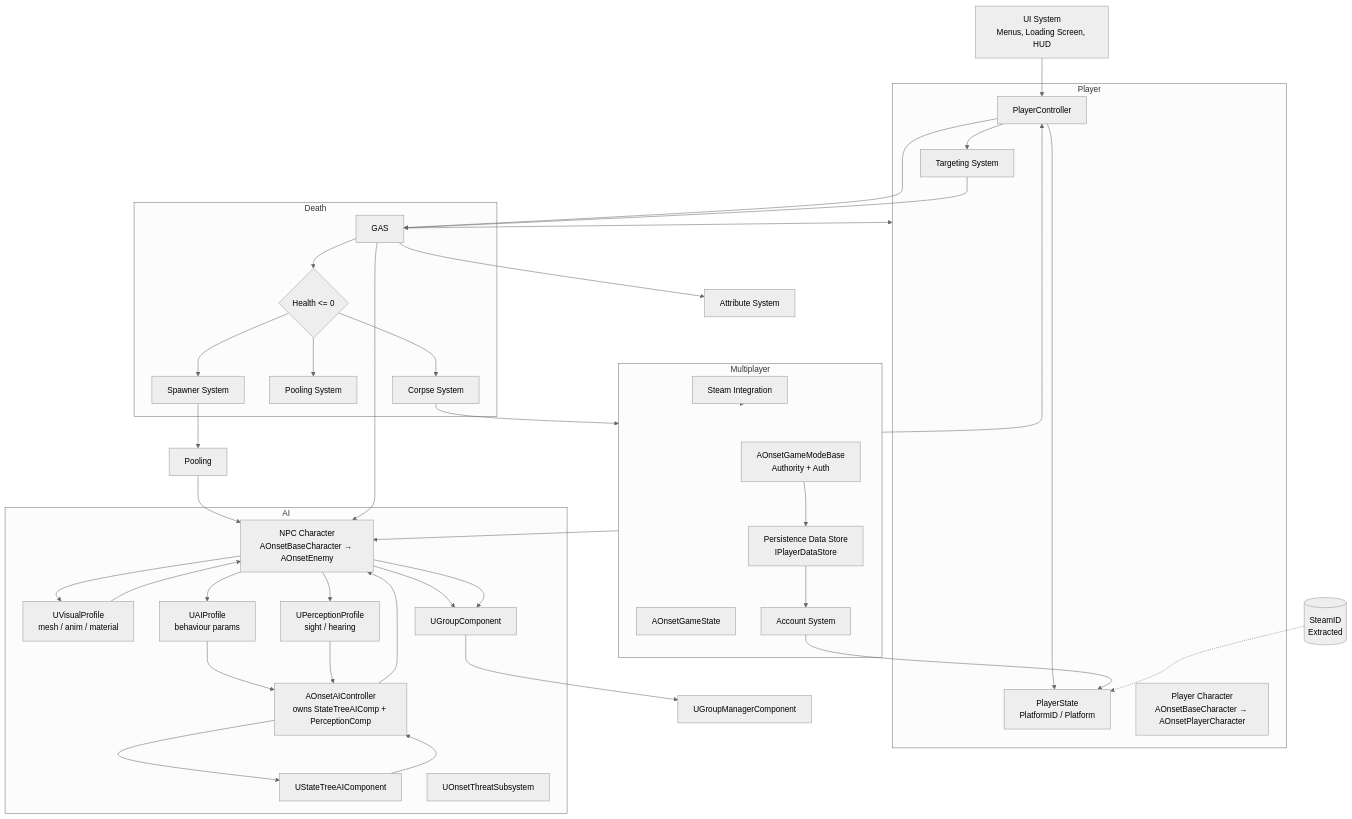
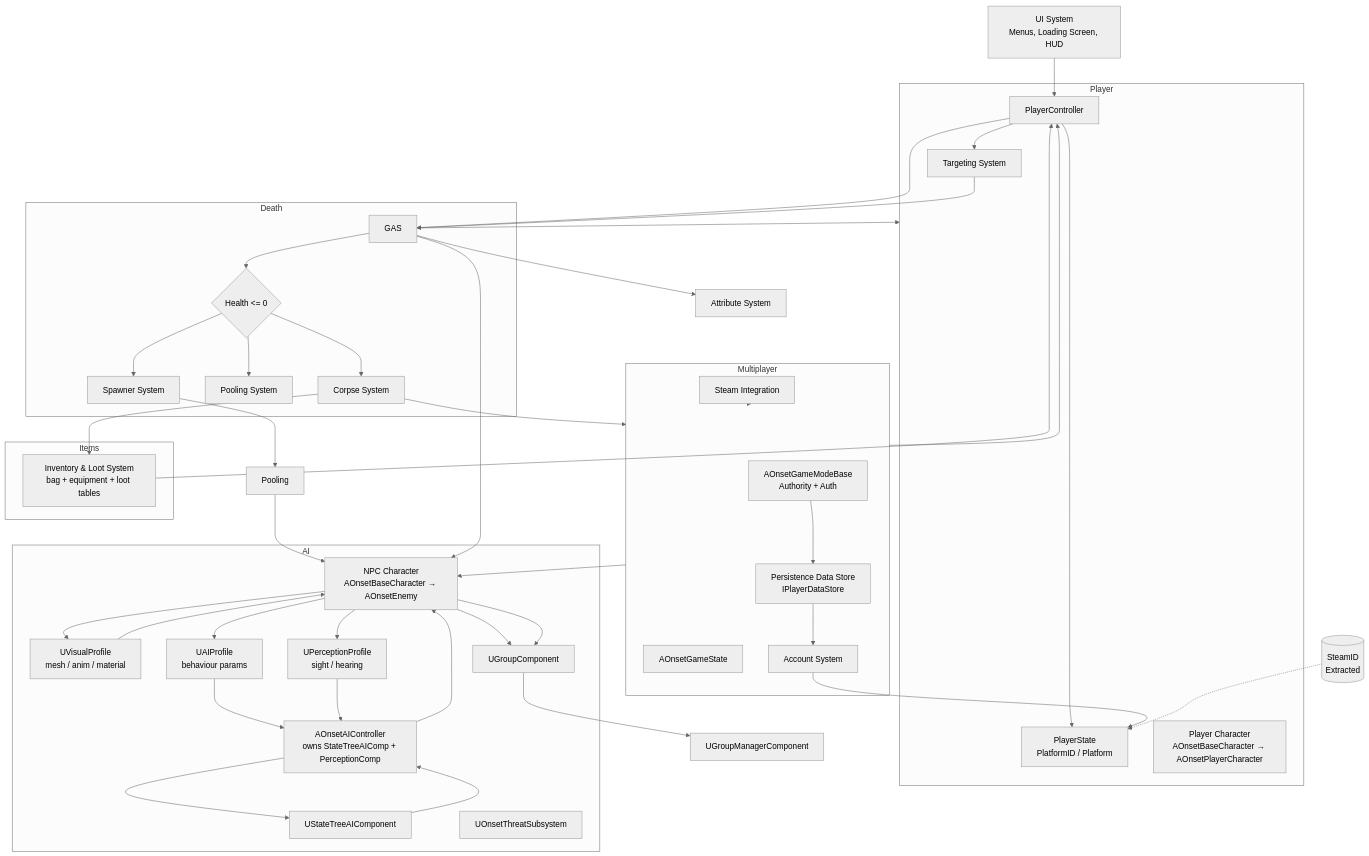
One commit to maximoh-mmo/PortfolioTutorial changed the diagram in Docs/Architecture/Architecture Overview.md. Above: the diagram before and after it, drawn with Mermaid (neutral theme). The commit also changed other lines of this file and 17 other files, not shown here.

Commit message:
docs: refresh system docs for combat, targeting, and loot

````diff
--- a/Docs/Architecture/Architecture Overview.md
+++ b/Docs/Architecture/Architecture Overview.md
@@ -28,71 +31,77 @@
 ```mermaid
 flowchart TD
     UI[UI System<br/>Menus, Loading Screen, HUD] --> PC[PlayerController]
     PC --> PS[PlayerState<br/>bIsPvPEnabled]
     PC --> Targeting[Targeting System]
     PC --> GAS
 
     Targeting --> GAS
     GAS --> Attributes[Attribute System]
 
     subgraph Player
         PC
         PS
         Targeting
         PlayerChar[Player Character<br/>AOnsetBaseCharacter → AOnsetPlayerCharacter]
     end
 
     subgraph AI
         NPC[NPC Character<br/>AOnsetBaseCharacter → AOnsetEnemy]
         AIC[AOnsetAIController<br/>owns StateTreeAIComp + PerceptionComp]
         STC[UStateTreeAIComponent]
         VisProfile[UVisualProfile<br/>mesh / anim / material]
         AIProfile[UAIProfile<br/>behaviour params]
         PercProfile[UPerceptionProfile<br/>sight / hearing]
         GComp[UGroupComponent]
         Threat[UOnsetThreatSubsystem]
     end
 
     subgraph Multiplayer
         GM[AOnsetGameModeBase<br/>Authority + Auth]
         GS[AOnsetGameState]
         Steam[Steam OSS<br/>Auth Tickets]
         Persist[Persistence Data Store<br/>IPlayerDataStore]
         Account[Account System]
     end
 
     Spawner --> Pooling
     Pooling --> NPC
     NPC --> VisProfile
     NPC --> AIProfile
     NPC --> PercProfile
     NPC --> GComp
     NPC --> GComp
     GComp --> GManager[UGroupManagerComponent]
 
     VisProfile --> NPC
     AIProfile --> AIC
     PercProfile --> AIC
     AIC --> STC
     STC --> AIC
     AIC --> NPC
 
     GAS --> NPC
     GAS --> Player
 
     subgraph Death
         GAS --> DeathFork{Health <= 0}
         DeathFork --> Pool[Pooling System]
         DeathFork --> Corpse[Corpse System]
         DeathFork --> Spawner[Spawner System]
     end
 
+    subgraph Items
+        Inv[Inventory & Loot System<br/>bag + equipment + loot tables]
+        Corpse --> Inv
+        Inv --> PC
+    end
+
     Steam[Steam Integration] --> Multiplayer
     Multiplayer --> PC
     Multiplayer --> NPC
     Corpse --> Multiplayer
     Persist --> Account
     Account --> PS[PlayerState<br/>PlatformID / Platform]
     SteamSteamID[(SteamID\nExtracted)] -.-> PS
     GM --> Persist
 ```
````
